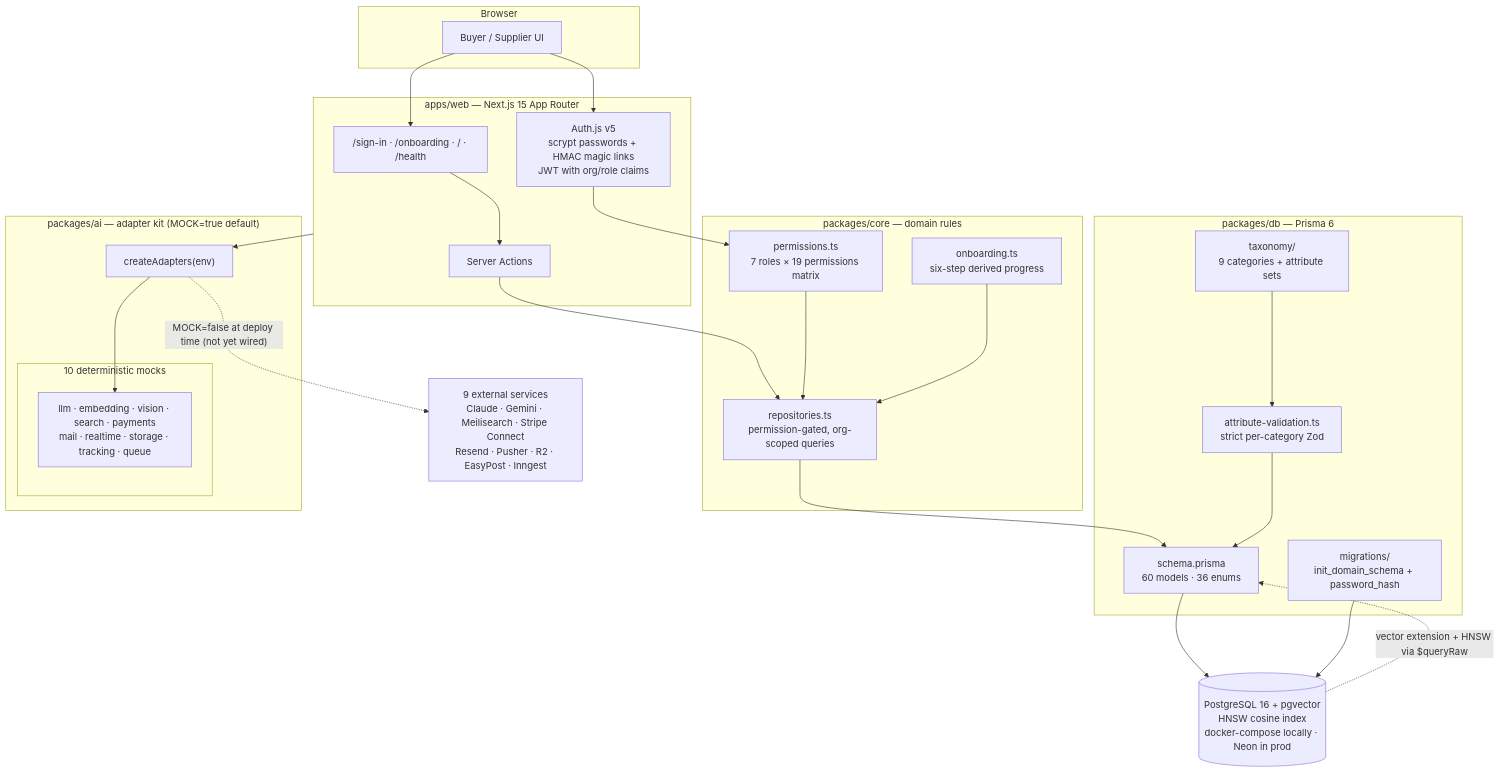
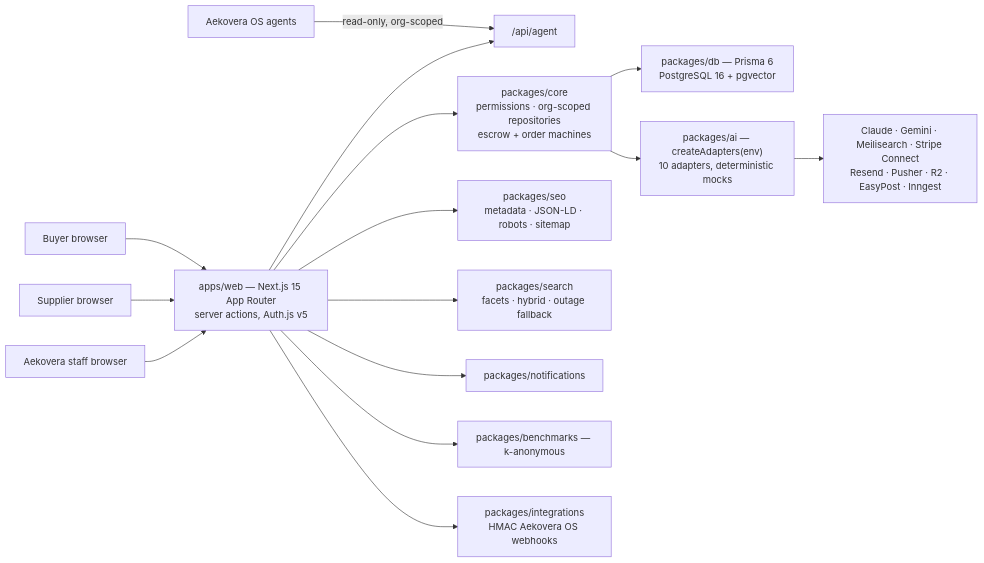
One commit to teamaekovera-glitch/alibaba changed the first of 2 diagrams in docs/IMPLEMENTATION-SUMMARY.md. Above: the diagram before and after it, drawn with Mermaid. The commit also changed other lines of this file and 10 other files, not shown here.

````diff
--- a/docs/IMPLEMENTATION-SUMMARY.md
+++ b/docs/IMPLEMENTATION-SUMMARY.md
@@ -133,49 +147,18 @@
 ```mermaid
-graph TB
-    subgraph client["Browser"]
-        B["Buyer / Supplier UI"]
-    end
-
-    subgraph web["apps/web — Next.js 15 App Router"]
-        PAGES["/sign-in · /onboarding · / · /health"]
-        ACTIONS["Server Actions"]
-        AUTHJS["Auth.js v5<br/>scrypt passwords + HMAC magic links<br/>JWT with org/role claims"]
-    end
-
-    subgraph core["packages/core — domain rules"]
-        PERM["permissions.ts<br/>7 roles × 19 permissions matrix"]
-        REPOS["repositories.ts<br/>permission-gated, org-scoped queries"]
-        ONB["onboarding.ts<br/>six-step derived progress"]
-    end
-
-    subgraph db["packages/db — Prisma 6"]
-        SCHEMA["schema.prisma<br/>60 models · 36 enums"]
-        TAX["taxonomy/<br/>9 categories + attribute sets"]
-        ZOD["attribute-validation.ts<br/>strict per-category Zod"]
-        MIG["migrations/<br/>init_domain_schema + password_hash"]
-    end
-
-    subgraph ai["packages/ai — adapter kit (MOCK=true default)"]
-        FACT["createAdapters(env)"]
-        subgraph mocks["10 deterministic mocks"]
-            M["llm · embedding · vision · search · payments<br/>mail · realtime · storage · tracking · queue"]
-        end
-    end
-
-    PG[("PostgreSQL 16 + pgvector<br/>HNSW cosine index<br/>docker-compose locally · Neon in prod")]
-    SVC["9 external services<br/>Claude · Gemini · Meilisearch · Stripe Connect<br/>Resend · Pusher · R2 · EasyPost · Inngest"]
-
-    B --> PAGES
-    B --> AUTHJS
-    PAGES --> ACTIONS --> REPOS
-    AUTHJS --> PERM --> REPOS
-    ONB --> REPOS
-    REPOS --> SCHEMA
-    SCHEMA --> PG
-    MIG --> PG
-    TAX --> ZOD --> SCHEMA
-    web --> FACT
-    FACT --> M
-    FACT -. "MOCK=false at deploy time (not yet wired)" .-> SVC
-    PG -. "vector extension + HNSW via $queryRaw" .-> SCHEMA
+flowchart LR
+    B["Buyer browser"] --> W
+    S["Supplier browser"] --> W
+    ST["Aekovera staff browser"] --> W
+    AG["Aekovera OS agents"] -->|"read-only, org-scoped"| AA["/api/agent"]
+    W["apps/web — Next.js 15 App Router<br/>server actions, Auth.js v5"]
+    W --> CORE["packages/core<br/>permissions · org-scoped repositories<br/>escrow + order machines"]
+    CORE --> DB["packages/db — Prisma 6<br/>PostgreSQL 16 + pgvector"]
+    W --> SEO["packages/seo<br/>metadata · JSON-LD · robots · sitemap"]
+    W --> SRCH["packages/search<br/>facets · hybrid · outage fallback"]
+    W --> NOTIF["packages/notifications"]
+    W --> BENCH["packages/benchmarks — k-anonymous"]
+    W --> INT["packages/integrations<br/>HMAC Aekovera OS webhooks"]
+    W --> AA
+    CORE --> AI["packages/ai — createAdapters(env)<br/>10 adapters, deterministic mocks"]
+    AI --> M["Claude · Gemini · Meilisearch · Stripe Connect<br/>Resend · Pusher · R2 · EasyPost · Inngest"]
 ```
````
